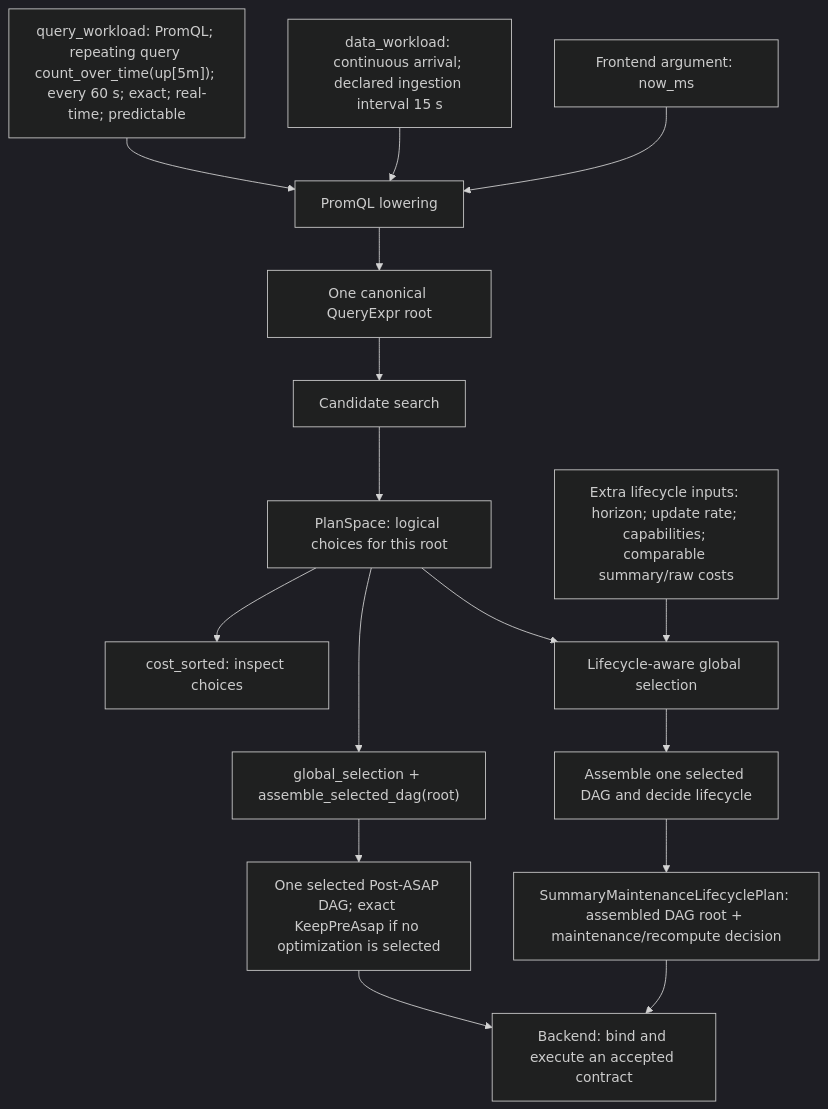
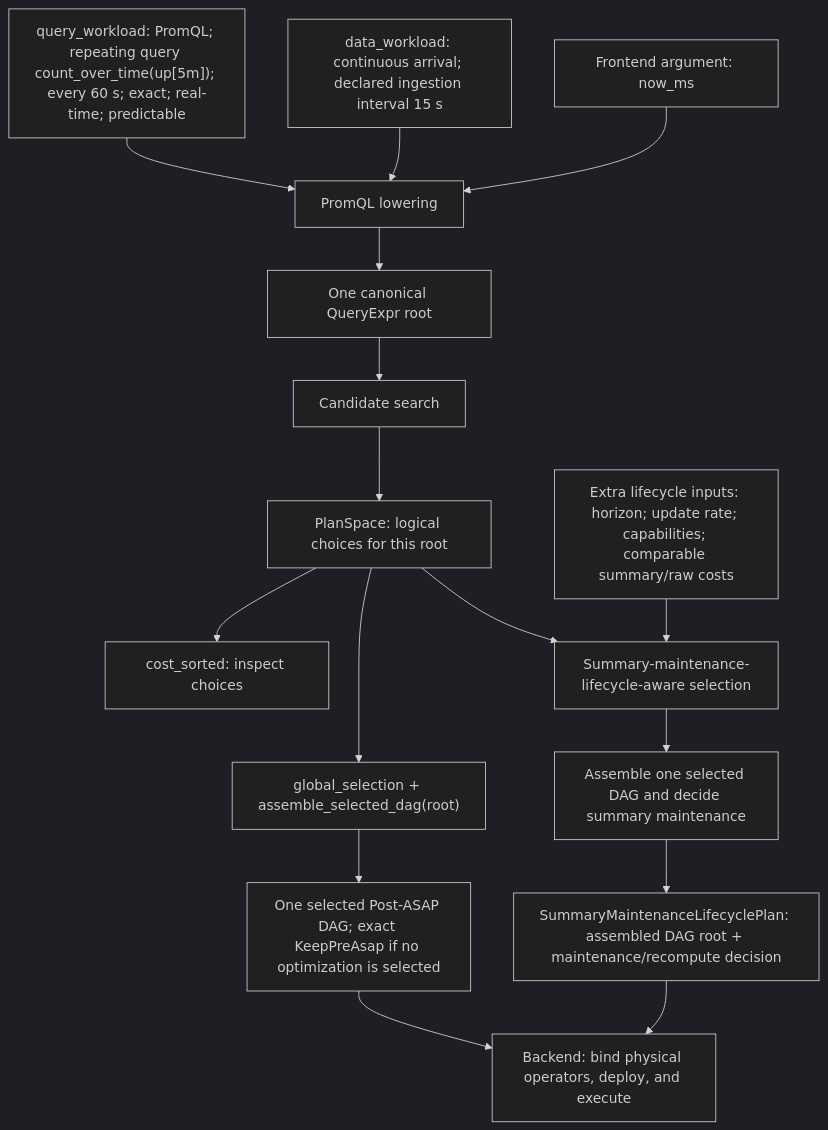
One commit to ProjectASAP/ASAPPlanner changed the first of 2 diagrams in docs/design_docs/architecture/input-output-workflow.md. Above: the diagram before and after it, drawn with Mermaid (dark theme). The commit also changed other lines of this file and 1 other file, not shown here.

````diff
--- a/docs/design_docs/architecture/input-output-workflow.md
+++ b/docs/design_docs/architecture/input-output-workflow.md
@@ -77,26 +61,26 @@
 ```mermaid
 flowchart TD
     Q["query_workload: PromQL; repeating query count_over_time(up[5m]); every 60 s; exact; real-time; predictable"]
     D["data_workload: continuous arrival; declared ingestion interval 15 s"]
     T["Frontend argument: now_ms"]
     F["PromQL lowering"]
     R["One canonical QueryExpr root"]
     S["Candidate search"]
     P["PlanSpace: logical choices for this root"]
     I["cost_sorted: inspect choices"]
     G["global_selection + assemble_selected_dag(root)"]
     L["One selected Post-ASAP DAG; exact KeepPreAsap if no optimization is selected"]
     X["Extra lifecycle inputs: horizon; update rate; capabilities; comparable summary/raw costs"]
-    H["Lifecycle-aware global selection"]
-    HM["Assemble one selected DAG and decide lifecycle"]
+    H["Summary-maintenance-lifecycle-aware selection"]
+    HM["Assemble one selected DAG and decide summary maintenance"]
     O["SummaryMaintenanceLifecyclePlan: assembled DAG root + maintenance/recompute decision"]
-    B["Backend: bind and execute an accepted contract"]
+    B["Backend: bind physical operators, deploy, and execute"]
     Q --> F
     D --> F
     T --> F
     F --> R --> S --> P
     P --> I
     P --> G --> L --> B
     P --> H
     X --> H --> HM --> O --> B
 ```
````
